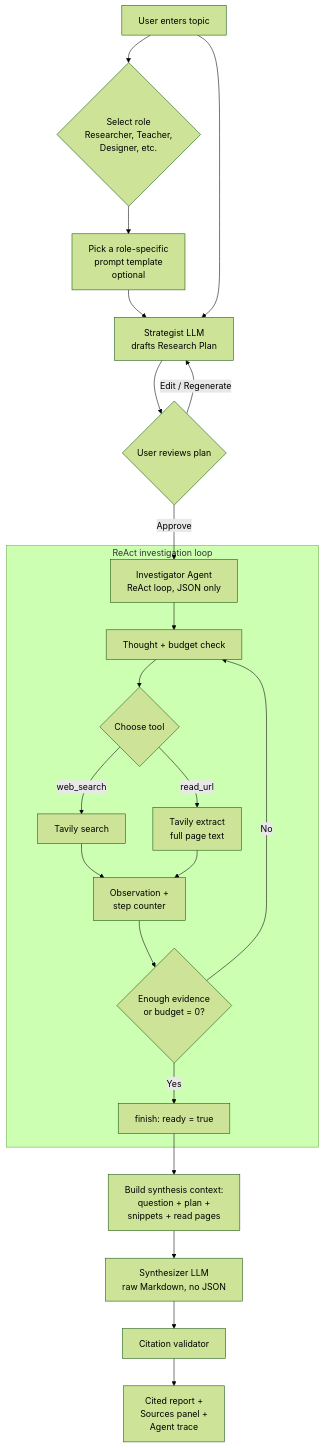
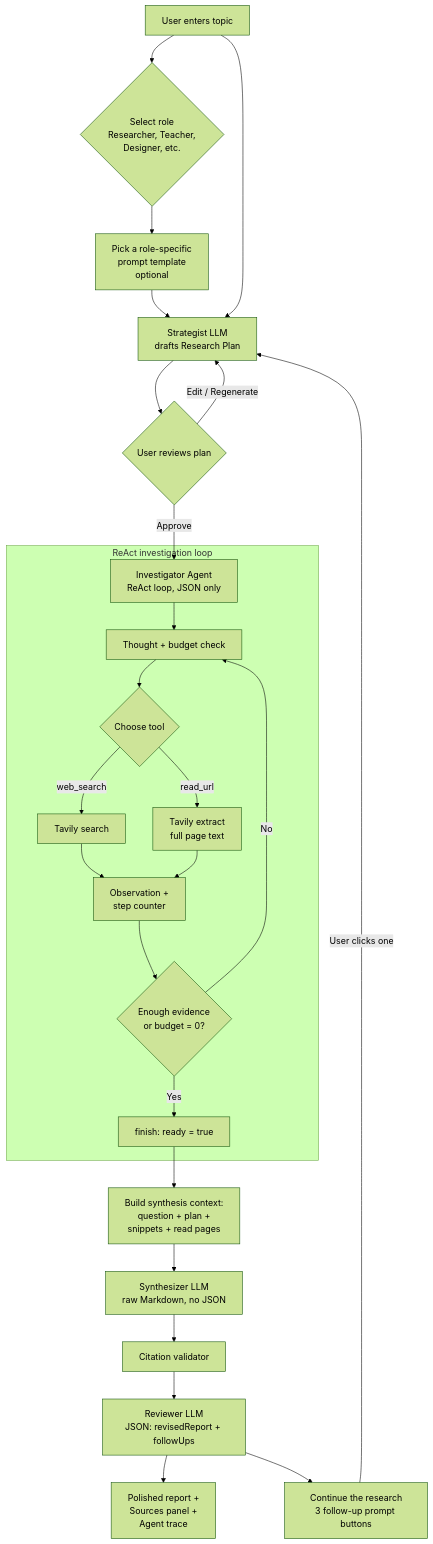
Before and after one commit to jayrosen-design/deep-researcher-agent: the diagram in README.md, drawn with Mermaid (forest theme). The commit also changed other lines of this file, not shown here.

````diff
--- a/README.md
+++ b/README.md
@@ -60,27 +63,30 @@
 ```mermaid
 flowchart TD
     U[User enters topic] --> R{Select role<br/>Researcher, Teacher,<br/>Designer, etc.}
     R --> T[Pick a role-specific<br/>prompt template<br/>optional]
     T --> S[Strategist LLM<br/>drafts Research Plan]
     U --> S
     S --> P{User reviews plan}
     P -->|Edit / Regenerate| S
     P -->|Approve| I[Investigator Agent<br/>ReAct loop, JSON only]
 
     subgraph LOOP [ReAct investigation loop]
       I --> TH[Thought + budget check]
       TH --> AC{Choose tool}
       AC -->|web_search| WS[Tavily search]
       AC -->|read_url| RU[Tavily extract<br/>full page text]
       WS --> OB[Observation +<br/>step counter]
       RU --> OB
       OB --> DEC{Enough evidence<br/>or budget = 0?}
       DEC -->|No| TH
       DEC -->|Yes| FIN[finish: ready = true]
     end
 
     FIN --> CTX[Build synthesis context:<br/>question + plan +<br/>snippets + read pages]
     CTX --> SY[Synthesizer LLM<br/>raw Markdown, no JSON]
     SY --> CV[Citation validator]
-    CV --> OUT[Cited report +<br/>Sources panel +<br/>Agent trace]
+    CV --> RV[Reviewer LLM<br/>JSON: revisedReport + followUps]
+    RV --> OUT[Polished report +<br/>Sources panel +<br/>Agent trace]
+    RV --> FU[Continue the research<br/>3 follow-up prompt buttons]
+    FU -->|User clicks one| S
 ```
````
